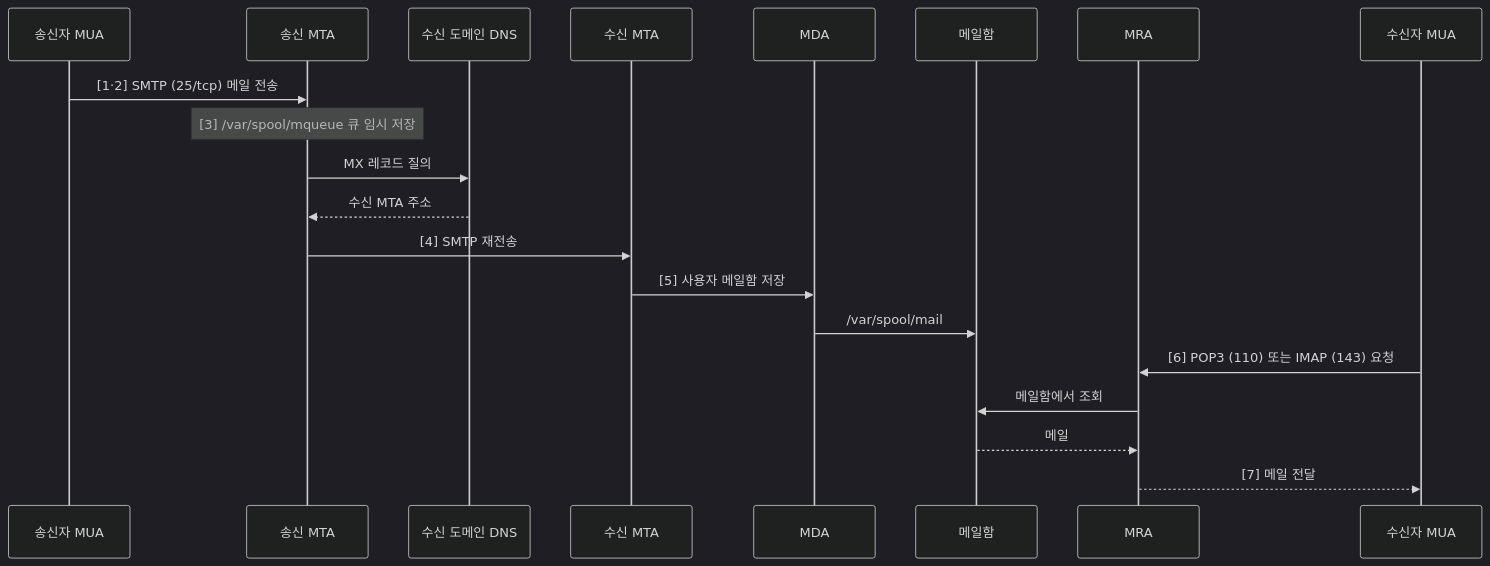
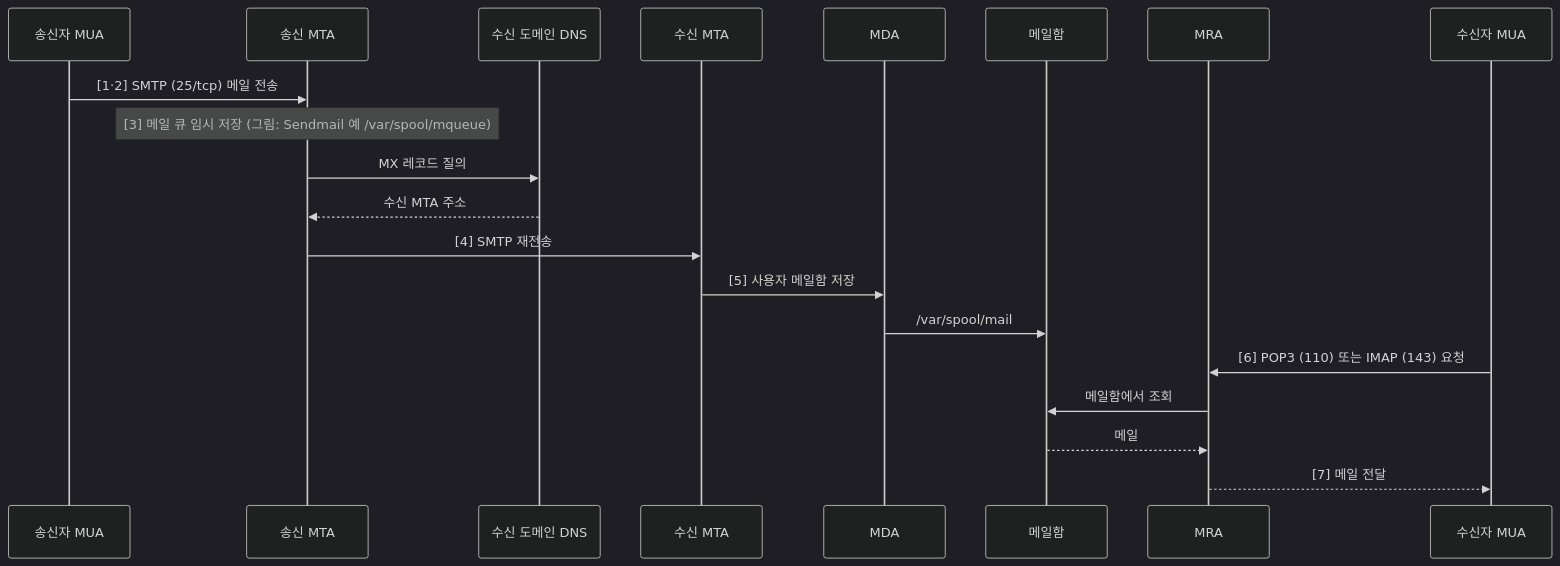
One commit to ianrang/cs-study changed the second of 5 diagrams in cs/information-security/study/03.application-security/03.mail-security.md. Above: the diagram before and after it, drawn with Mermaid (dark theme). The commit also changed other lines of this file, not shown here.

````diff
--- a/cs/information-security/study/03.application-security/03.mail-security.md
+++ b/cs/information-security/study/03.application-security/03.mail-security.md
@@ -583,23 +583,23 @@
 ```mermaid
 sequenceDiagram
     participant SU as 송신자 MUA
     participant SM as 송신 MTA
     participant DNS as 수신 도메인 DNS
     participant RM as 수신 MTA
     participant MD as MDA
     participant MX as 메일함
     participant MR as MRA
     participant RU as 수신자 MUA
 
     SU->>SM: [1·2] SMTP (25/tcp) 메일 전송
-    Note over SM: [3] /var/spool/mqueue 큐 임시 저장
+    Note over SM: [3] 메일 큐 임시 저장 (그림: Sendmail 예 /var/spool/mqueue)
     SM->>DNS: MX 레코드 질의
     DNS-->>SM: 수신 MTA 주소
     SM->>RM: [4] SMTP 재전송
     RM->>MD: [5] 사용자 메일함 저장
     MD->>MX: /var/spool/mail
     RU->>MR: [6] POP3 (110) 또는 IMAP (143) 요청
     MR->>MX: 메일함에서 조회
     MX-->>MR: 메일
     MR-->>RU: [7] 메일 전달
 ```
````
